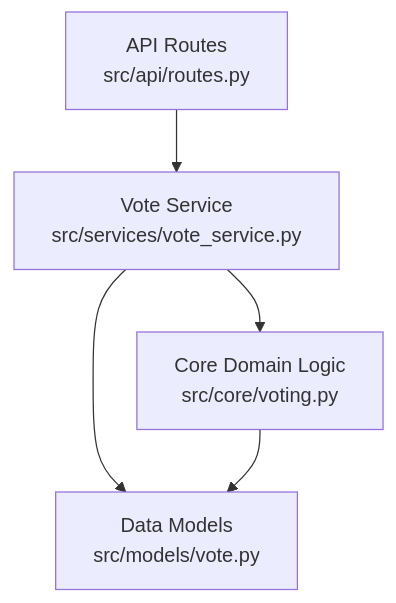
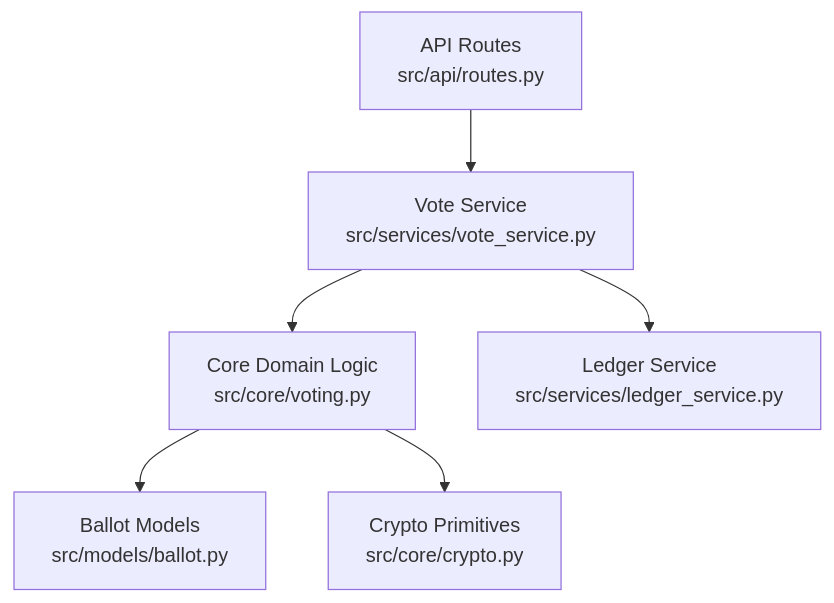
The third of 5 diagrams in docs/architecture.md (monickverma/atom-voting), drawn with Mermaid before and after one commit. The commit also changed other lines of this file and 7 other files, not shown here.

````diff
--- a/docs/architecture.md
+++ b/docs/architecture.md
@@ -52,7 +78,8 @@
 ```mermaid
 graph TD
     Routes["API Routes\nsrc/api/routes.py"] --> Services["Vote Service\nsrc/services/vote_service.py"]
     Services --> Core["Core Domain Logic\nsrc/core/voting.py"]
-    Services --> Models["Data Models\nsrc/models/vote.py"]
-    Core --> Models
+    Services --> Ledger["Ledger Service\nsrc/services/ledger_service.py"]
+    Core --> Models["Ballot Models\nsrc/models/ballot.py"]
+    Core --> Crypto["Crypto Primitives\nsrc/core/crypto.py"]
 ```
````
